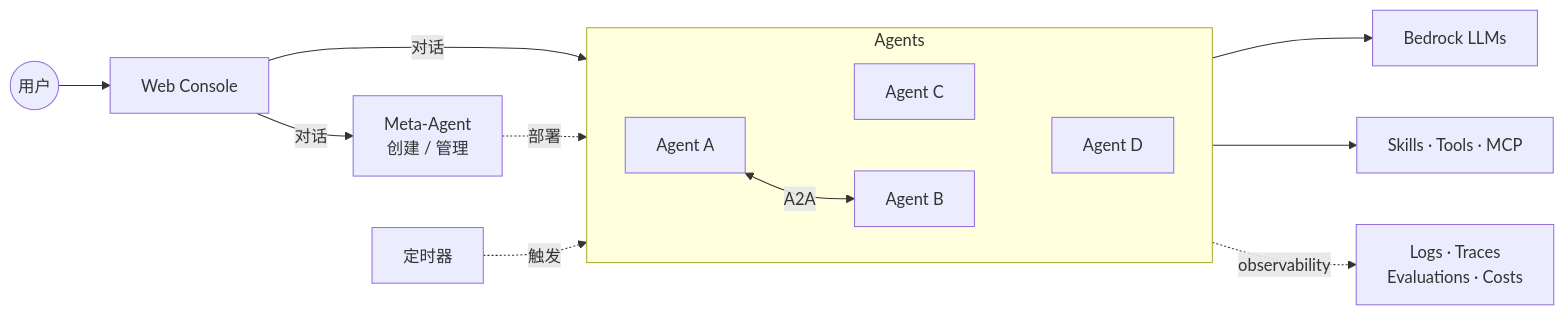
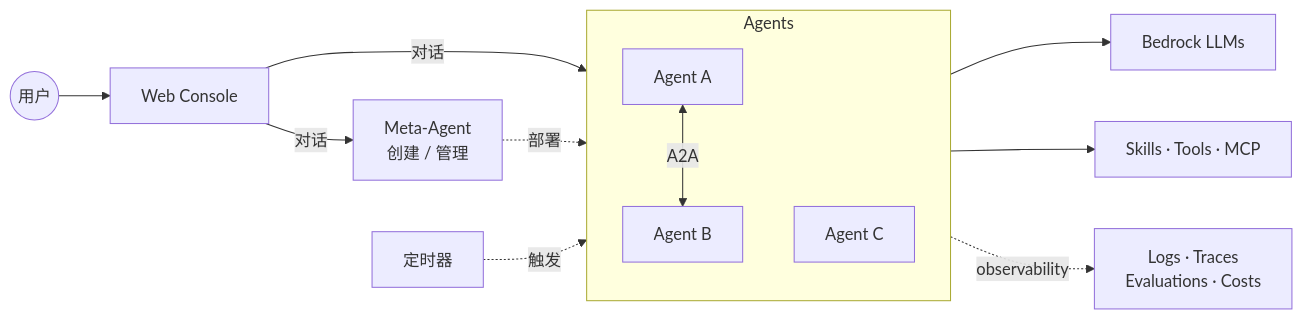
One commit to ddpie/agent-studio changed the first of 2 diagrams in README.md. Above: the diagram before and after it, drawn with Mermaid. The commit also changed other lines of this file, not shown here.

Commit message:
docs(readme): revert to 3 agents, drop grid-forcing invisible links

````diff
--- a/README.md
+++ b/README.md
@@ -19,21 +19,18 @@
 ```mermaid
 graph LR
     User((用户)) --> Web[Web Console]
     Cron[定时器]
     Web -->|对话| Meta[Meta-Agent<br/>创建 / 管理]
 
     subgraph Agents
-        direction LR
         A1[Agent A] <-->|A2A| A2[Agent B]
-        A3[Agent C] ~~~ A4[Agent D]
-        A1 ~~~ A3
-        A2 ~~~ A4
+        A3[Agent C]
     end
 
     Web -->|对话| Agents
     Meta -.部署.-> Agents
     Cron -.触发.-> Agents
     Agents --> LLM[Bedrock LLMs]
     Agents --> Ext[Skills · Tools · MCP]
     Agents -.observability.-> Obs[Logs · Traces<br/>Evaluations · Costs]
 ```
````
